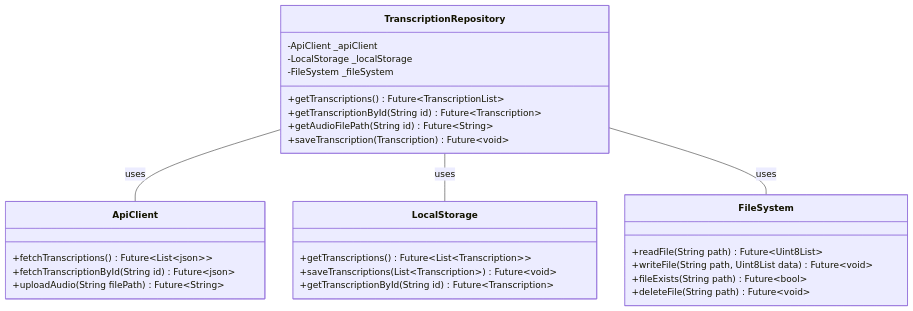
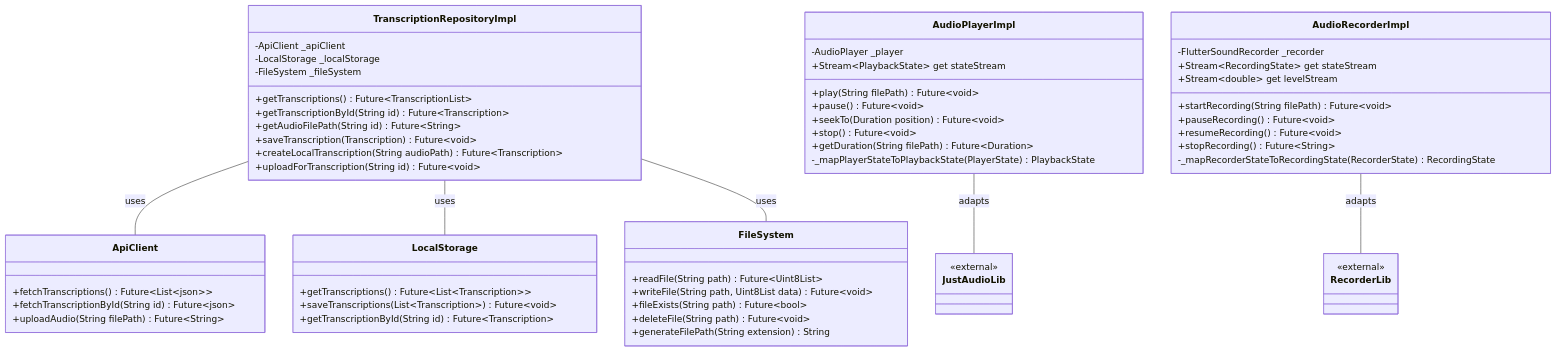
Before and after one commit to MediScribe/docjet-mobile: the third of 9 diagrams in docs/new_architecture.md, drawn with Mermaid. The commit also changed other lines of this file and 1 other file, not shown here.

Commit message:
updated current and new architecture docs

````diff
--- a/docs/new_architecture.md
+++ b/docs/new_architecture.md
@@ -127,35 +187,70 @@
 ```mermaid
 classDiagram
-    class TranscriptionRepository {
+    class TranscriptionRepositoryImpl {
         -ApiClient _apiClient
         -LocalStorage _localStorage
         -FileSystem _fileSystem
         +getTranscriptions() Future~TranscriptionList~
         +getTranscriptionById(String id) Future~Transcription~
         +getAudioFilePath(String id) Future~String~
         +saveTranscription(Transcription) Future~void~
+        +createLocalTranscription(String audioPath) Future~Transcription~
+        +uploadForTranscription(String id) Future~void~
+    }
+    
+    class AudioPlayerImpl {
+        -AudioPlayer _player
+        +play(String filePath) Future~void~
+        +pause() Future~void~
+        +seekTo(Duration position) Future~void~
+        +stop() Future~void~
+        +getDuration(String filePath) Future~Duration~
+        +Stream~PlaybackState~ get stateStream
+        -_mapPlayerStateToPlaybackState(PlayerState) PlaybackState
+    }
+    
+    class AudioRecorderImpl {
+        -FlutterSoundRecorder _recorder
+        +startRecording(String filePath) Future~void~
+        +pauseRecording() Future~void~
+        +resumeRecording() Future~void~
+        +stopRecording() Future~String~
+        +Stream~RecordingState~ get stateStream
+        +Stream~double~ get levelStream
+        -_mapRecorderStateToRecordingState(RecorderState) RecordingState
     }
     
     class ApiClient {
         +fetchTranscriptions() Future~List~json~~
         +fetchTranscriptionById(String id) Future~json~
         +uploadAudio(String filePath) Future~String~
     }
     
     class LocalStorage {
         +getTranscriptions() Future~List~Transcription~~
         +saveTranscriptions(List~Transcription~) Future~void~
         +getTranscriptionById(String id) Future~Transcription~
     }
     
     class FileSystem {
         +readFile(String path) Future~Uint8List~
         +writeFile(String path, Uint8List data) Future~void~
         +fileExists(String path) Future~bool~
         +deleteFile(String path) Future~void~
+        +generateFilePath(String extension) String
     }
     
-    TranscriptionRepository -- ApiClient : uses
-    TranscriptionRepository -- LocalStorage : uses
-    TranscriptionRepository -- FileSystem : uses
+    class JustAudioLib {
+        <<external>>
+    }
+    
+    class RecorderLib {
+        <<external>>
+    }
+    
+    TranscriptionRepositoryImpl -- ApiClient : uses
+    TranscriptionRepositoryImpl -- LocalStorage : uses
+    TranscriptionRepositoryImpl -- FileSystem : uses
+    AudioPlayerImpl -- JustAudioLib : adapts
+    AudioRecorderImpl -- RecorderLib : adapts
 ```
````
